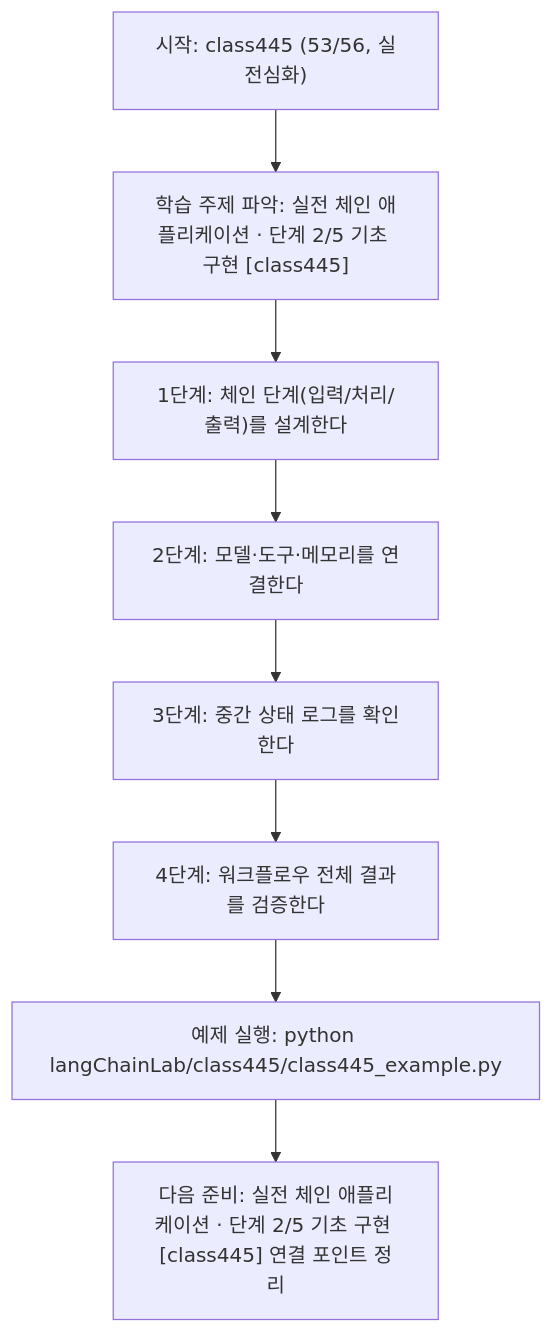
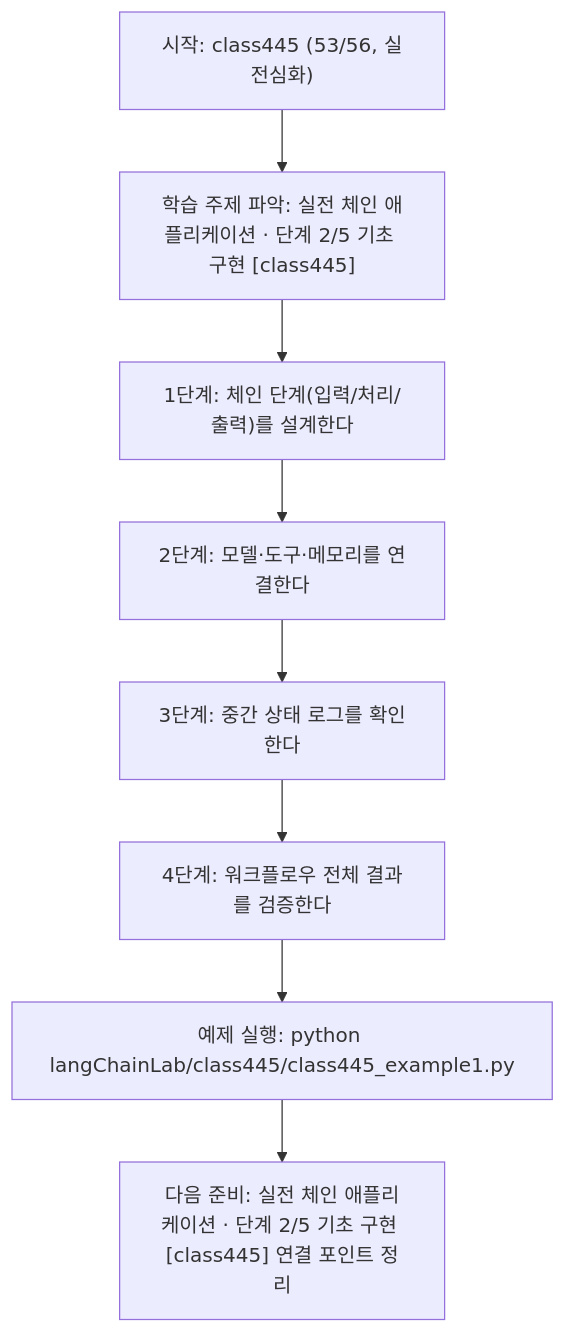
The diagram in langChainLab/class445/class445.md (edumgt/Python-AI_Agent-Class), drawn with Mermaid before and after one commit. The commit also changed other lines of this file and 2959 other files, not shown here.

````diff
--- a/langChainLab/class445/class445.md
+++ b/langChainLab/class445/class445.md
@@ -110,18 +110,18 @@
 ```mermaid
 flowchart TD
 N1["시작: class445 (53/56, 실전심화)"]
 N2["학습 주제 파악: 실전 체인 애플리케이션 · 단계 2/5 기초 구현 [class445]"]
 N3["1단계: 체인 단계(입력/처리/출력)를 설계한다"]
 N4["2단계: 모델·도구·메모리를 연결한다"]
 N5["3단계: 중간 상태 로그를 확인한다"]
 N6["4단계: 워크플로우 전체 결과를 검증한다"]
-N7["예제 실행: python langChainLab/class445/class445_example.py"]
+N7["예제 실행: python langChainLab/class445/class445_example1.py"]
 N8["다음 준비: 실전 체인 애플리케이션 · 단계 2/5 기초 구현 [class445] 연결 포인트 정리"]
 N1 --> N2
 N2 --> N3
 N3 --> N4
 N4 --> N5
 N5 --> N6
 N6 --> N7
 N7 --> N8
 ```
````
